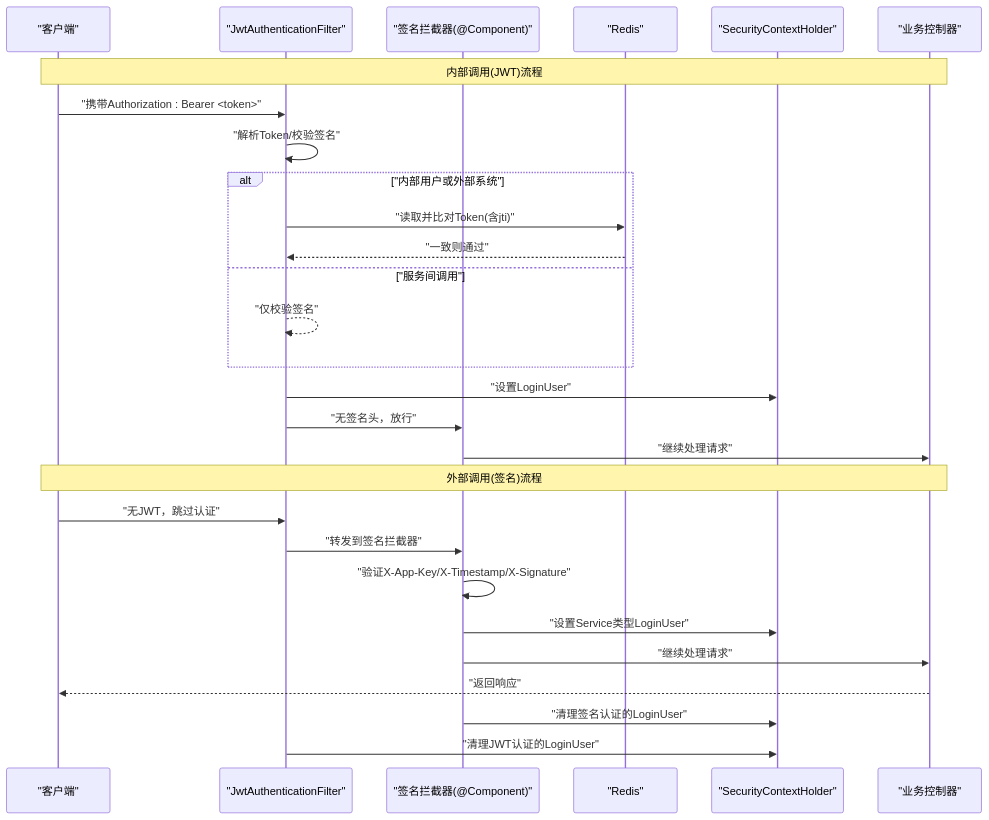
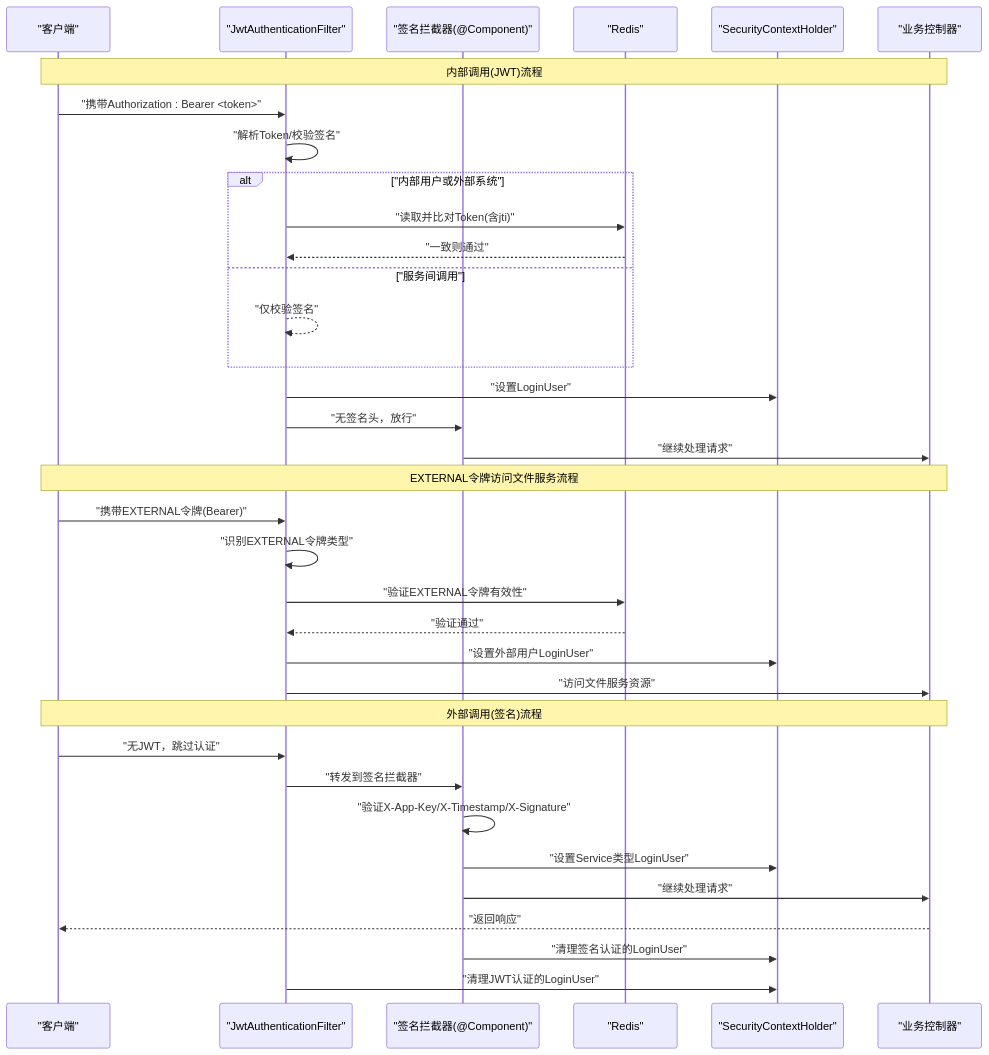
The second of 12 diagrams in .qoder/repowiki/zh/content/后端服务/公共模块 (ele-ai-tender-common)/安全认证与授权.md (DrunkFood/First), drawn with Mermaid before and after one commit. The commit also changed other lines of this file and 66 other files, not shown here.

````diff
--- a/.qoder/repowiki/zh/content/后端服务/公共模块 (ele-ai-tender-common)/安全认证与授权.md
+++ b/.qoder/repowiki/zh/content/后端服务/公共模块 (ele-ai-tender-common)/安全认证与授权.md
@@ -124,30 +140,37 @@
 ```mermaid
 sequenceDiagram
 participant Client as "客户端"
 participant JwtFilter as "JwtAuthenticationFilter"
 participant SigIntercept as "签名拦截器(@Component)"
 participant Redis as "Redis"
 participant Ctx as "SecurityContextHolder"
 participant Controller as "业务控制器"
 Note over Client,Controller : 内部调用(JWT)流程
 Client->>JwtFilter : "携带Authorization : Bearer <token>"
 JwtFilter->>JwtFilter : "解析Token/校验签名"
 alt "内部用户或外部系统"
 JwtFilter->>Redis : "读取并比对Token(含jti)"
 Redis-->>JwtFilter : "一致则通过"
 else "服务间调用"
 JwtFilter-->>JwtFilter : "仅校验签名"
 end
 JwtFilter->>Ctx : "设置LoginUser"
 JwtFilter->>SigIntercept : "无签名头，放行"
 SigIntercept->>Controller : "继续处理请求"
+Note over Client,Controller : EXTERNAL令牌访问文件服务流程
+Client->>JwtFilter : "携带EXTERNAL令牌(Bearer)"
+JwtFilter->>JwtFilter : "识别EXTERNAL令牌类型"
+JwtFilter->>Redis : "验证EXTERNAL令牌有效性"
+Redis-->>JwtFilter : "验证通过"
+JwtFilter->>Ctx : "设置外部用户LoginUser"
+JwtFilter->>Controller : "访问文件服务资源"
 Note over Client,Controller : 外部调用(签名)流程
 Client->>JwtFilter : "无JWT，跳过认证"
 JwtFilter->>SigIntercept : "转发到签名拦截器"
 SigIntercept->>SigIntercept : "验证X-App-Key/X-Timestamp/X-Signature"
 SigIntercept->>Ctx : "设置Service类型LoginUser"
 SigIntercept->>Controller : "继续处理请求"
 Controller-->>Client : "返回响应"
 SigIntercept->>Ctx : "清理签名认证的LoginUser"
 JwtFilter->>Ctx : "清理JWT认证的LoginUser"
 ```
````
